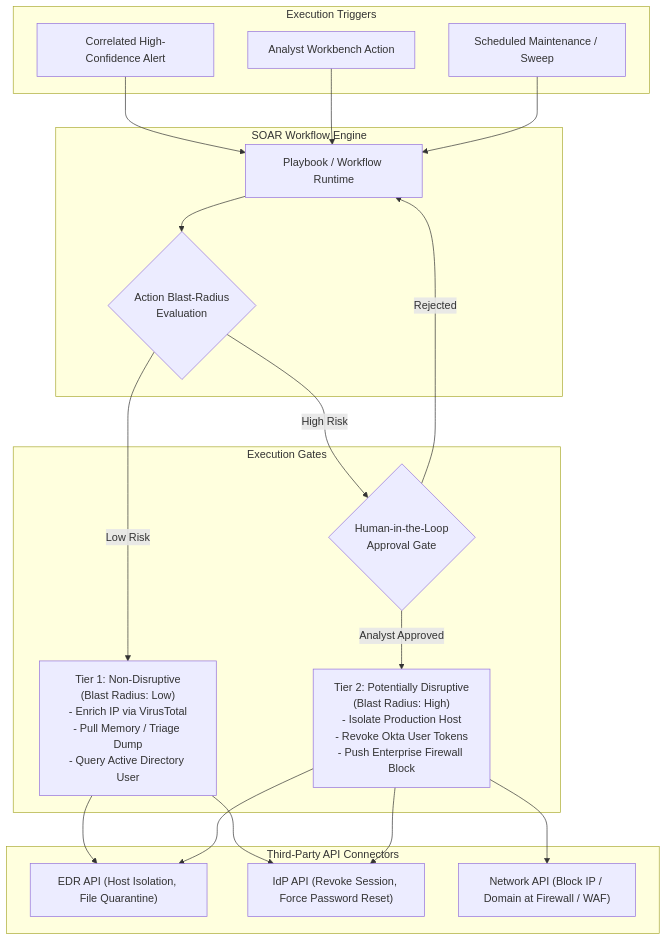
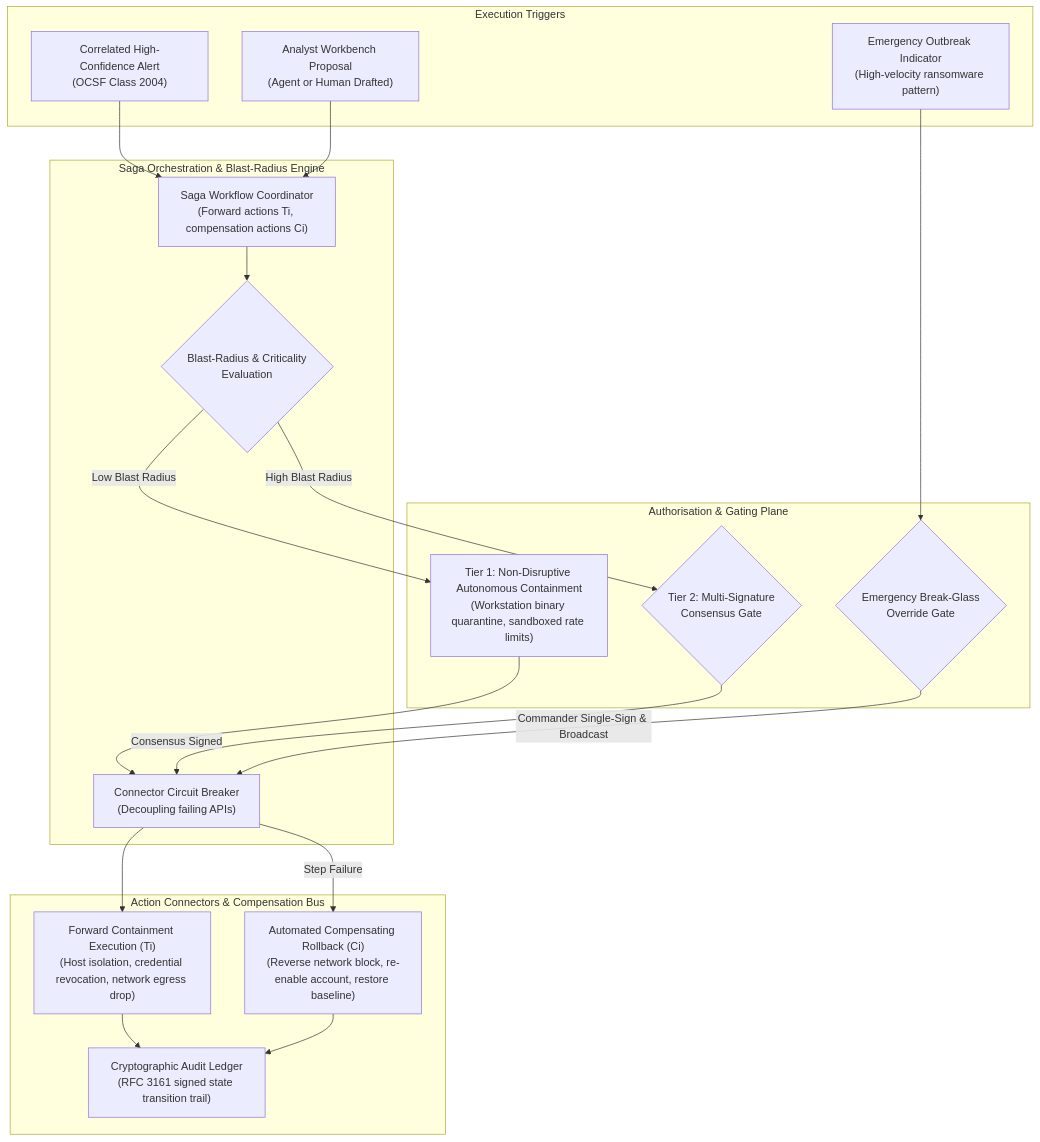
The diagram in docs/architecture/components/05-response-automation.md (Haribu/TIDIR), drawn with Mermaid before and after one commit. The commit also changed other lines of this file and 34 other files, not shown here.

Commit message:
feat(ai): add AI Orchestration Plane, ADR 0012, Utility-Trust-Cost Triad, and purge legacy SOAR references

````diff
--- a/docs/architecture/components/05-response-automation.md
+++ b/docs/architecture/components/05-response-automation.md
@@ -7,42 +7,40 @@
 ```mermaid
 flowchart TD
   subgraph Triggers ["Execution Triggers"]
-    T1["Correlated High-Confidence Alert"]
-    T2["Analyst Workbench Action"]
-    T3["Scheduled Maintenance / Sweep"]
+    T1["Correlated High-Confidence Alert\n(OCSF Class 2004)"]
+    T2["Analyst Workbench Proposal\n(Agent or Human Drafted)"]
+    T3["Emergency Outbreak Indicator\n(High-velocity ransomware pattern)"]
   end
 
-  subgraph Orchestrator ["SOAR Workflow Engine"]
-    PLAYBOOK["Playbook / Workflow Runtime"]
-    DECISION{"Action Blast-Radius\nEvaluation"}
+  subgraph SagaEngine ["Saga Orchestration & Blast-Radius Engine"]
+    SAGA["Saga Workflow Coordinator\n(Forward actions Ti, compensation actions Ci)"]
+    EVAL{"Blast-Radius & Criticality\nEvaluation"}
+    CIRCUIT["Connector Circuit Breaker\n(Decoupling failing APIs)"]
   end
 
-  subgraph ExecutionGated ["Execution Gates"]
-    LOW_RISK["Tier 1: Non-Disruptive\n(Blast Radius: Low)\n- Enrich IP via VirusTotal\n- Pull Memory / Triage Dump\n- Query Active Directory User"]
-    HIGH_RISK["Tier 2: Potentially Disruptive\n(Blast Radius: High)\n- Isolate Production Host\n- Revoke Okta User Tokens\n- Push Enterprise Firewall Block"]
-    HUMAN_GATE{"Human-in-the-Loop\nApproval Gate"}
+  subgraph GatingPlane ["Authorisation & Gating Plane"]
+    TIER1["Tier 1: Non-Disruptive Autonomous Containment\n(Workstation binary quarantine, sandboxed rate limits)"]
+    TIER2_GATE{"Tier 2: Multi-Signature\nConsensus Gate"}
+    BREAK_GLASS{"Emergency Break-Glass\nOverride Gate"}
   end
 
-  subgraph ActionConnectors ["Third-Party API Connectors"]
-    EDR_CONN["EDR API (Host Isolation, File Quarantine)"]
-    IAM_CONN["IdP API (Revoke Session, Force Password Reset)"]
-    NET_CONN["Network API (Block IP / Domain at Firewall / WAF)"]
+  subgraph ActionExecution ["Action Connectors & Compensation Bus"]
+    FORWARD_EXEC["Forward Containment Execution (Ti)\n(Host isolation, credential revocation, network egress drop)"]
+    ROLLBACK_EXEC["Automated Compensating Rollback (Ci)\n(Reverse network block, re-enable account, restore baseline)"]
+    AUDIT_LOG["Cryptographic Audit Ledger\n(RFC 3161 signed state transition trail)"]
   end
 
-  T1 --> PLAYBOOK
-  T2 --> PLAYBOOK
-  T3 --> PLAYBOOK
+  T1 & T2 --> SAGA
+  T3 --> BREAK_GLASS
 
-  PLAYBOOK --> DECISION
-  DECISION -->|Low Risk| LOW_RISK
-  DECISION -->|High Risk| HUMAN_GATE
+  SAGA --> EVAL
+  EVAL -->|Low Blast Radius| TIER1
+  EVAL -->|High Blast Radius| TIER2_GATE
 
-  HUMAN_GATE -->|Analyst Approved| HIGH_RISK
-  HUMAN_GATE -->|Rejected| PLAYBOOK
+  TIER1 --> CIRCUIT --> FORWARD_EXEC
+  TIER2_GATE -->|Consensus Signed| CIRCUIT
+  BREAK_GLASS -->|Commander Single-Sign & Broadcast| CIRCUIT
 
-  LOW_RISK --> EDR_CONN
-  LOW_RISK --> IAM_CONN
-  HIGH_RISK --> EDR_CONN
-  HIGH_RISK --> IAM_CONN
-  HIGH_RISK --> NET_CONN
+  CIRCUIT -->|Step Failure| ROLLBACK_EXEC
+  FORWARD_EXEC & ROLLBACK_EXEC --> AUDIT_LOG
 ```
````
